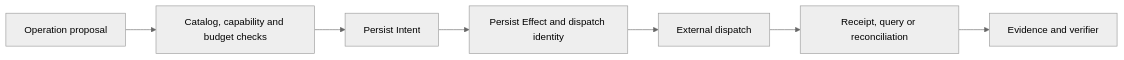
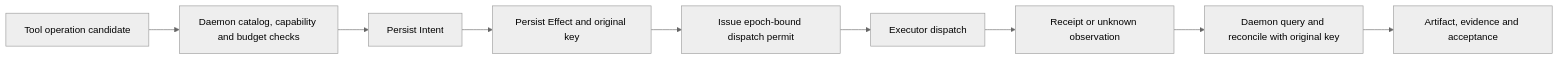
The fourth of 4 diagrams in docs/architecture/personal/system-architecture.md (agentkernel/cognitive-os), drawn with Mermaid (neutral theme) before and after one commit. The commit also changed other lines of this file and 22 other files, not shown here.

````diff
--- a/docs/architecture/personal/system-architecture.md
+++ b/docs/architecture/personal/system-architecture.md
@@ -175,9 +277,11 @@
 ```mermaid
 flowchart LR
-  proposal["Operation proposal"] --> authorize["Catalog, capability and budget checks"]
-  authorize --> persistIntent["Persist Intent"]
-  persistIntent --> persistEffect["Persist Effect and dispatch identity"]
-  persistEffect --> dispatch["External dispatch"]
-  dispatch --> reconcile["Receipt, query or reconciliation"]
-  reconcile --> evidence["Evidence and verifier"]
+  operationCandidate["Tool operation candidate"] --> authorizeOperation["Daemon catalog, capability and budget checks"]
+  authorizeOperation --> persistIntent["Persist Intent"]
+  persistIntent --> persistEffect["Persist Effect and original key"]
+  persistEffect --> issuePermit["Issue epoch-bound dispatch permit"]
+  issuePermit --> externalDispatch["Executor dispatch"]
+  externalDispatch --> receiptObservation["Receipt or unknown observation"]
+  receiptObservation --> reconcileEffect["Daemon query and reconcile with original key"]
+  reconcileEffect --> verifyOutcome["Artifact, evidence and acceptance"]
 ```
````
